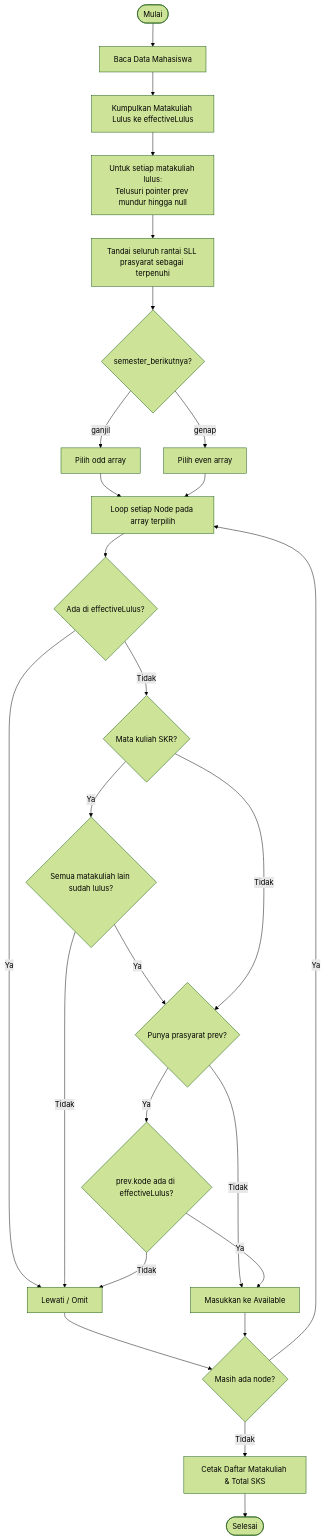
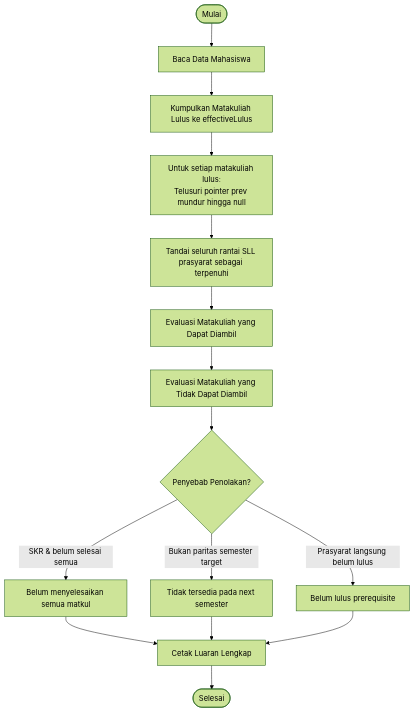
Before and after one commit to BrianFaruq/FinalProjectASD: the diagram in README.md, drawn with Mermaid (forest theme). The commit also changed other lines of this file and 10 other files, not shown here.

````diff
--- a/README.md
+++ b/README.md
@@ -103,28 +116,17 @@
 ```mermaid
 flowchart TD
     Start([Mulai]) --> ReadStudent[Baca Data Mahasiswa]
     ReadStudent --> CollectPassed[Kumpulkan Matakuliah Lulus ke effectiveLulus]
     CollectPassed --> BackwardTraversal[Untuk setiap matakuliah lulus:<br/>Telusuri pointer prev mundur hingga null]
     BackwardTraversal --> MarkAncestors[Tandai seluruh rantai SLL prasyarat sebagai terpenuhi]
-    MarkAncestors --> SelectArray{semester_berikutnya?}
-    SelectArray -->|ganjil| UseOdd[Pilih odd array]
-    SelectArray -->|genap| UseEven[Pilih even array]
-    UseOdd --> ScanLoop[Loop setiap Node pada array terpilih]
-    UseEven --> ScanLoop
-    ScanLoop --> CheckPassed{Ada di effectiveLulus?}
-    CheckPassed -->|Ya| SkipCourse[Lewati / Omit]
-    CheckPassed -->|Tidak| CheckSKR{Mata kuliah SKR?}
-    CheckSKR -->|Ya| CheckAllPassed{Semua matakuliah lain sudah lulus?}
-    CheckAllPassed -->|Tidak| SkipCourse
-    CheckAllPassed -->|Ya| CheckPrereq{Punya prasyarat prev?}
-    CheckSKR -->|Tidak| CheckPrereq
-    CheckPrereq -->|Tidak| AddAvail[Masukkan ke Available]
-    CheckPrereq -->|Ya| PrereqMet{prev.kode ada di effectiveLulus?}
-    PrereqMet -->|Ya| AddAvail
-    PrereqMet -->|Tidak| SkipCourse
-    SkipCourse --> NextNode{Masih ada node?}
-    AddAvail --> NextNode
-    NextNode -->|Ya| ScanLoop
-    NextNode -->|Tidak| PrintResult[Cetak Daftar Matakuliah & Total SKS]
-    PrintResult --> End([Selesai])
+    MarkAncestors --> CheckAvailable[Evaluasi Matakuliah yang Dapat Diambil]
+    CheckAvailable --> CheckUnavailable[Evaluasi Matakuliah yang Tidak Dapat Diambil]
+    CheckUnavailable --> ClassifyReason{Penyebab Penolakan?}
+    ClassifyReason -->|SKR & belum selesai semua| Reason1["Belum menyelesaikan semua matkul"]
+    ClassifyReason -->|Bukan paritas semester target| Reason2["Tidak tersedia pada next semester"]
+    ClassifyReason -->|Prasyarat langsung belum lulus| Reason3["Belum lulus prerequisite"]
+    Reason1 --> PrintAll[Cetak Luaran Lengkap]
+    Reason2 --> PrintAll
+    Reason3 --> PrintAll
+    PrintAll --> End([Selesai])
 ```
````
